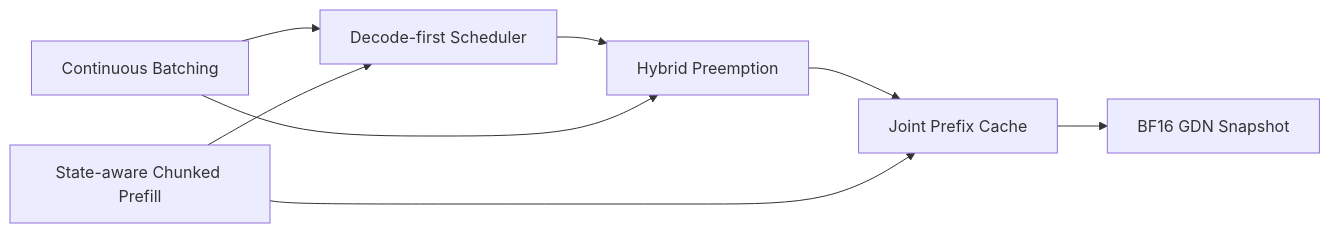
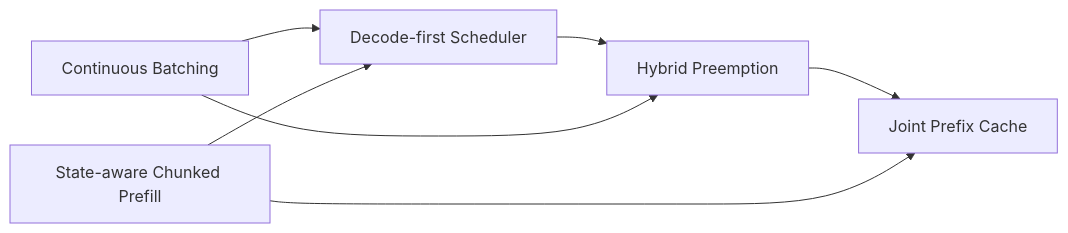
Before and after one commit to Hg-Spark/nano-vllm: the diagram in docs/qwen35_scheduler_preemption_prefix_design.md, drawn with Mermaid. The commit also changed other lines of this file, not shown here.

````diff
--- a/docs/qwen35_scheduler_preemption_prefix_design.md
+++ b/docs/qwen35_scheduler_preemption_prefix_design.md
@@ -22,17 +22,15 @@
 ```mermaid
 flowchart LR
     A[Continuous Batching]
     B[State-aware Chunked Prefill]
     C[Decode-first Scheduler]
     D[Hybrid Preemption]
     E[Joint Prefix Cache]
-    F[BF16 GDN Snapshot]
 
     A --> C
     B --> C
     C --> D
     A --> D
     D --> E
     B --> E
-    E --> F
 ```
````
